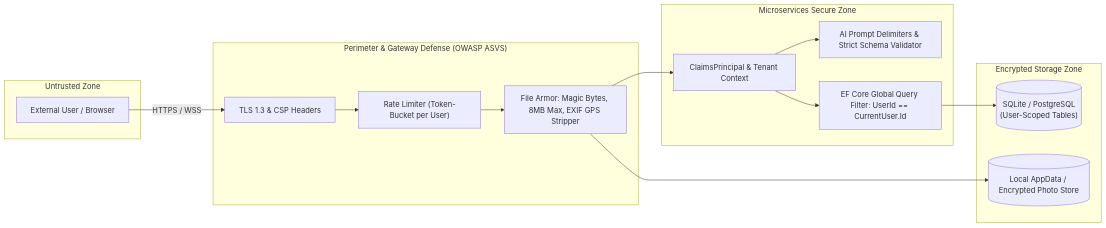
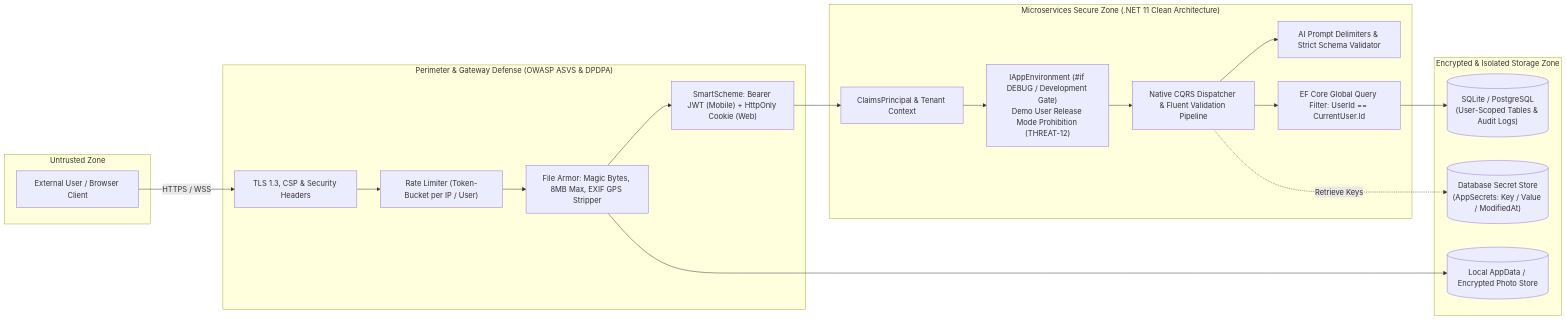
The diagram in docs/architecture/diagrams/security_boundary.mermaid (nikunjbanker/diet-dost), drawn with Mermaid before and after one commit. The commit also changed 8 other files, not shown here.

Commit message:
docs(readme,skills): sync architecture diagrams, sdd, and codify major change auto-detection protocol

```diff
--- a/docs/architecture/diagrams/security_boundary.mermaid
+++ b/docs/architecture/diagrams/security_boundary.mermaid
@@ -1,30 +1,38 @@
 graph LR
     subgraph Untrusted_External ["Untrusted Zone"]
-        Actor["External User / Browser"]
+        Actor["External User / Browser Client"]
     end
 
-    subgraph Perimeter_Defense ["Perimeter & Gateway Defense (OWASP ASVS)"]
-        WAF["TLS 1.3 & CSP Headers"]
-        RateLimit["Rate Limiter (Token-Bucket per User)"]
+    subgraph Perimeter_Defense ["Perimeter & Gateway Defense (OWASP ASVS & DPDPA)"]
+        WAF["TLS 1.3, CSP & Security Headers"]
+        RateLimit["Rate Limiter (Token-Bucket per IP / User)"]
         FileCheck["File Armor: Magic Bytes, 8MB Max, EXIF GPS Stripper"]
+        SmartAuth["SmartScheme: Bearer JWT (Mobile) + HttpOnly Cookie (Web)"]
     end
 
-    subgraph Service_Boundary ["Microservices Secure Zone"]
+    subgraph Service_Boundary ["Microservices Secure Zone (.NET 11 Clean Architecture)"]
         AuthContext["ClaimsPrincipal & Tenant Context"]
+        EnvGate["IAppEnvironment (#if DEBUG / Development Gate)<br/>Demo User Release Mode Prohibition (THREAT-12)"]
         PromptGuard["AI Prompt Delimiters & Strict Schema Validator"]
         GlobalFilter["EF Core Global Query Filter: UserId == CurrentUser.Id"]
+        CQRS["Native CQRS Dispatcher & Fluent Validation Pipeline"]
     end
 
-    subgraph Persistence_Zone ["Encrypted Storage Zone"]
-        DbData[("SQLite / PostgreSQL<br/>(User-Scoped Tables)")]
+    subgraph Persistence_Zone ["Encrypted & Isolated Storage Zone"]
+        DbData[("SQLite / PostgreSQL<br/>(User-Scoped Tables & Audit Logs)")]
+        SecretStore[("Database Secret Store<br/>(AppSecrets: Key / Value / ModifiedAt)")]
         BlobData[("Local AppData / Encrypted Photo Store")]
     end
 
     Actor -->|HTTPS / WSS| WAF
     WAF --> RateLimit
     RateLimit --> FileCheck
-    FileCheck --> AuthContext
-    AuthContext --> PromptGuard
-    AuthContext --> GlobalFilter
+    FileCheck --> SmartAuth
+    SmartAuth --> AuthContext
+    AuthContext --> EnvGate
+    EnvGate --> CQRS
+    CQRS --> PromptGuard
+    CQRS --> GlobalFilter
     GlobalFilter --> DbData
+    CQRS -.->|Retrieve Keys| SecretStore
     FileCheck --> BlobData
```
